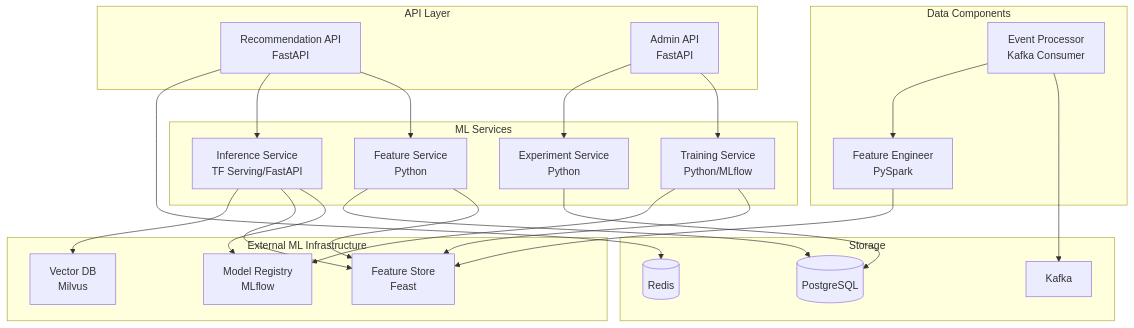
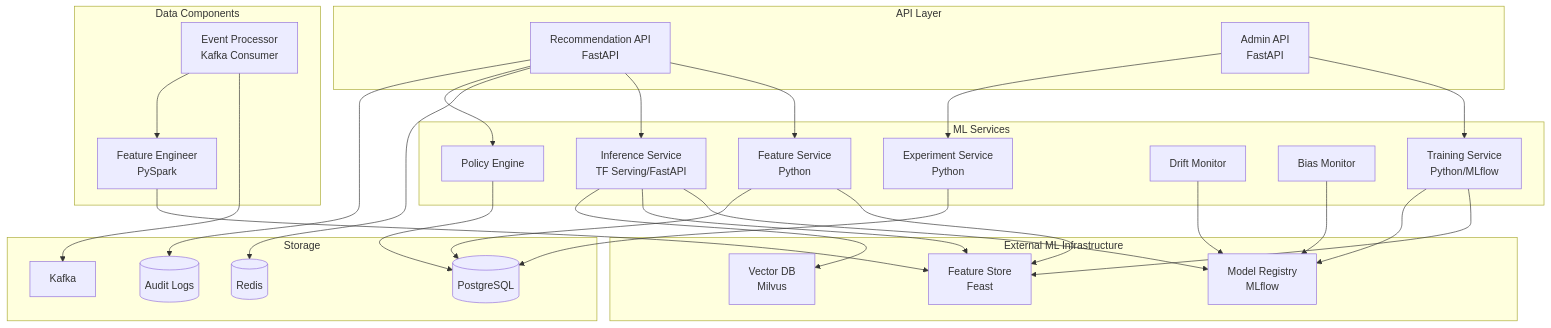
The diagram in Smart Recommendation Engine/detailed-design/component-diagram.md (0Ankit0/Project-Ideas), drawn with Mermaid before and after one commit. The commit also changed other lines of this file and 18 other files, not shown here.

````diff
--- a/Smart Recommendation Engine/detailed-design/component-diagram.md
+++ b/Smart Recommendation Engine/detailed-design/component-diagram.md
@@ -3,54 +3,63 @@
 ```mermaid
 graph TB
     subgraph "API Layer"
         REC_API[Recommendation API<br/>FastAPI]
         ADMIN_API[Admin API<br/>FastAPI]
     end
     
     subgraph "ML Services"
         FEATURE_SVC[Feature Service<br/>Python]
         TRAINING_SVC[Training Service<br/>Python/MLflow]
         INFERENCE_SVC[Inference Service<br/>TF Serving/FastAPI]
         EXP_SVC[Experiment Service<br/>Python]
+        DRIFT_SVC[Drift Monitor]
+        BIAS_SVC[Bias Monitor]
+        POLICY_SVC[Policy Engine]
     end
     
     subgraph "Data Components"
         EVENT_PROC[Event Processor<br/>Kafka Consumer]
         FEATURE_ENG[Feature Engineer<br/>PySpark]
     end
     
     subgraph "External ML Infrastructure"
         FEATURE_STORE[Feature Store<br/>Feast]
         MODEL_REG[Model Registry<br/>MLflow]
         VECTOR_DB[Vector DB<br/>Milvus]
     end
     
     subgraph "Storage"
         DB[(PostgreSQL)]
         CACHE[(Redis)]
         STREAM[Kafka]
+        AUDIT[(Audit Logs)]
     end
     
     REC_API --> FEATURE_SVC
     REC_API --> INFERENCE_SVC
     REC_API --> CACHE
+    REC_API --> POLICY_SVC
+    REC_API --> AUDIT
     
     ADMIN_API --> TRAINING_SVC
     ADMIN_API --> EXP_SVC
     
     TRAINING_SVC --> FEATURE_STORE
     TRAINING_SVC --> MODEL_REG
+    DRIFT_SVC --> MODEL_REG
+    BIAS_SVC --> MODEL_REG
     
     INFERENCE_SVC --> MODEL_REG
     INFERENCE_SVC --> FEATURE_STORE
     INFERENCE_SVC --> VECTOR_DB
+    POLICY_SVC --> DB
     
     EVENT_PROC --> STREAM
     EVENT_PROC --> FEATURE_ENG
     
     FEATURE_ENG --> FEATURE_STORE
     FEATURE_SVC --> FEATURE_STORE
     
     FEATURE_SVC --> DB
     EXP_SVC --> DB
 ```
````
